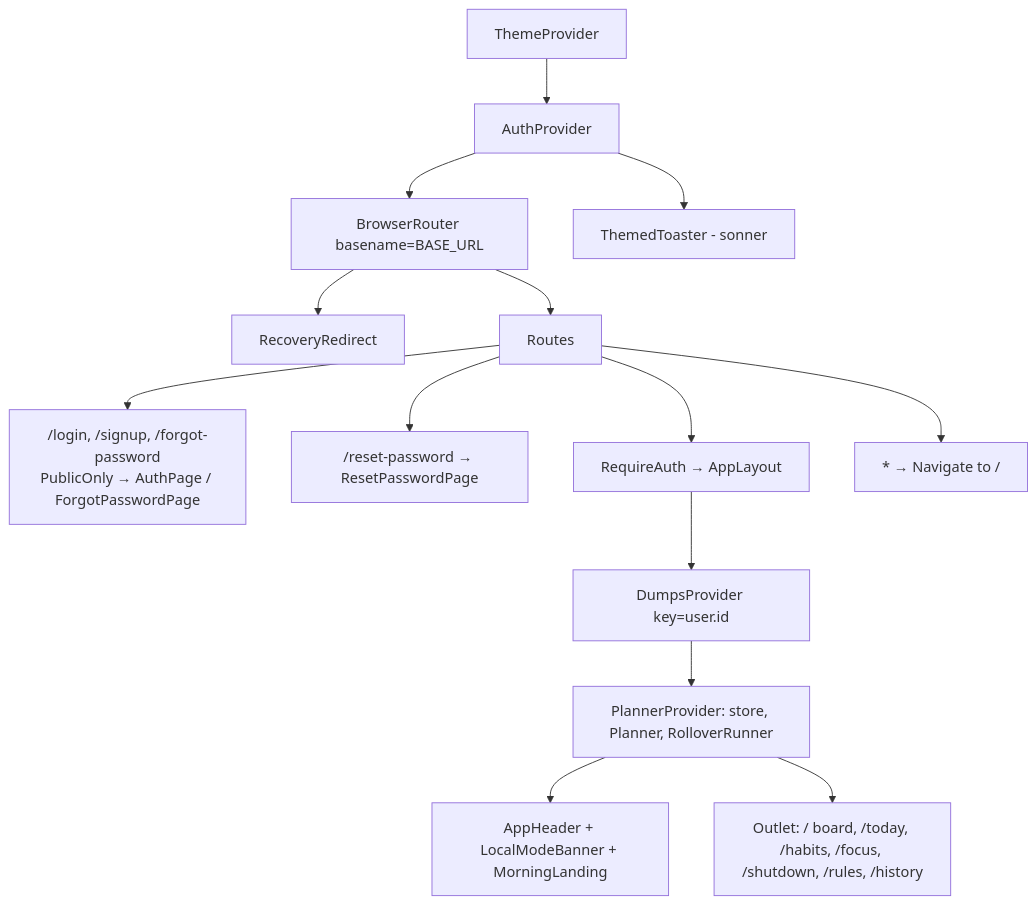
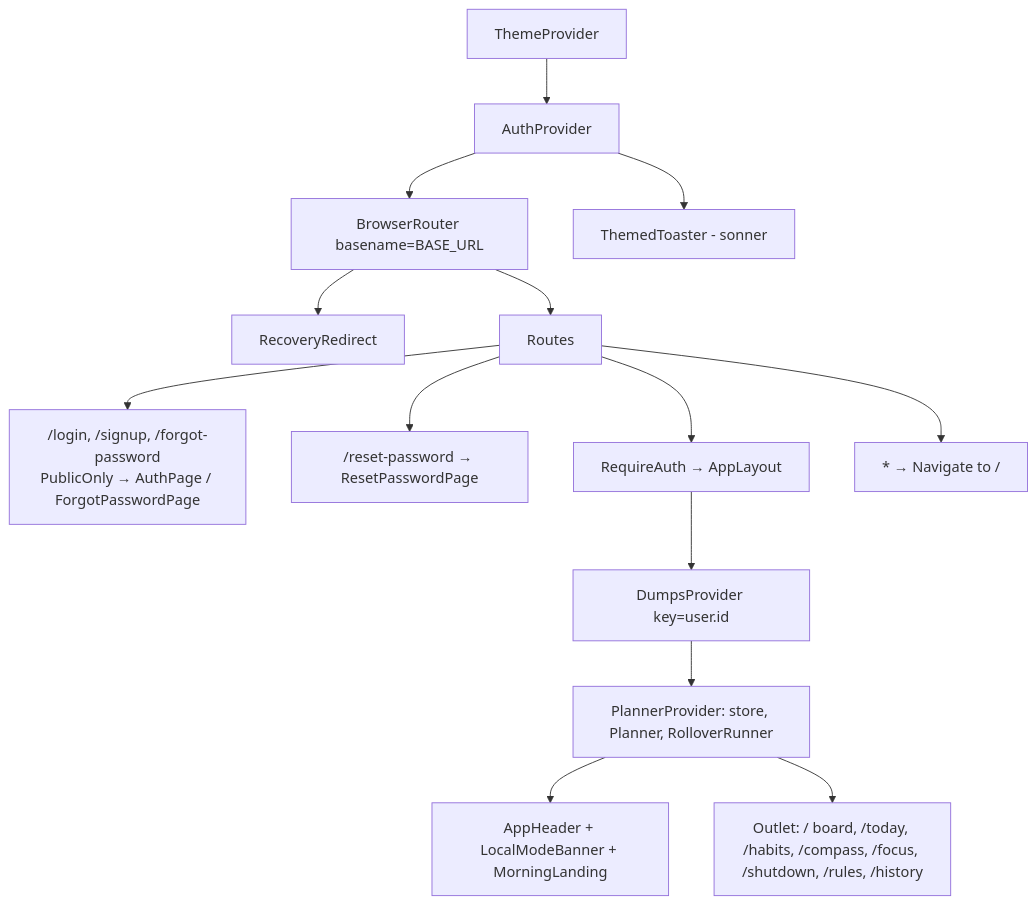
Before and after one commit to GamerNishant/mind-dump: the first of 5 diagrams in FLOW.md, drawn with Mermaid. The commit also changed other lines of this file and 15 other files, not shown here.

````diff
--- a/FLOW.md
+++ b/FLOW.md
@@ -29,16 +29,16 @@
 ```mermaid
 flowchart TD
   A[ThemeProvider] --> B[AuthProvider]
   B --> C["BrowserRouter basename=BASE_URL"]
   B --> T[ThemedToaster - sonner]
   C --> R[RecoveryRedirect]
   C --> Routes
   Routes --> L["/login, /signup, /forgot-password<br/>PublicOnly → AuthPage / ForgotPasswordPage"]
   Routes --> RP["/reset-password → ResetPasswordPage"]
   Routes --> P["RequireAuth → AppLayout"]
   P --> D["DumpsProvider key=user.id"]
   D --> PP["PlannerProvider: store, Planner, RolloverRunner"]
   PP --> H[AppHeader + LocalModeBanner + MorningLanding]
-  PP --> O["Outlet: / board, /today, /habits, /focus, /shutdown, /rules, /history"]
+  PP --> O["Outlet: / board, /today, /habits, /compass, /focus, /shutdown, /rules, /history"]
   Routes --> X["* → Navigate to /"]
 ```
````
